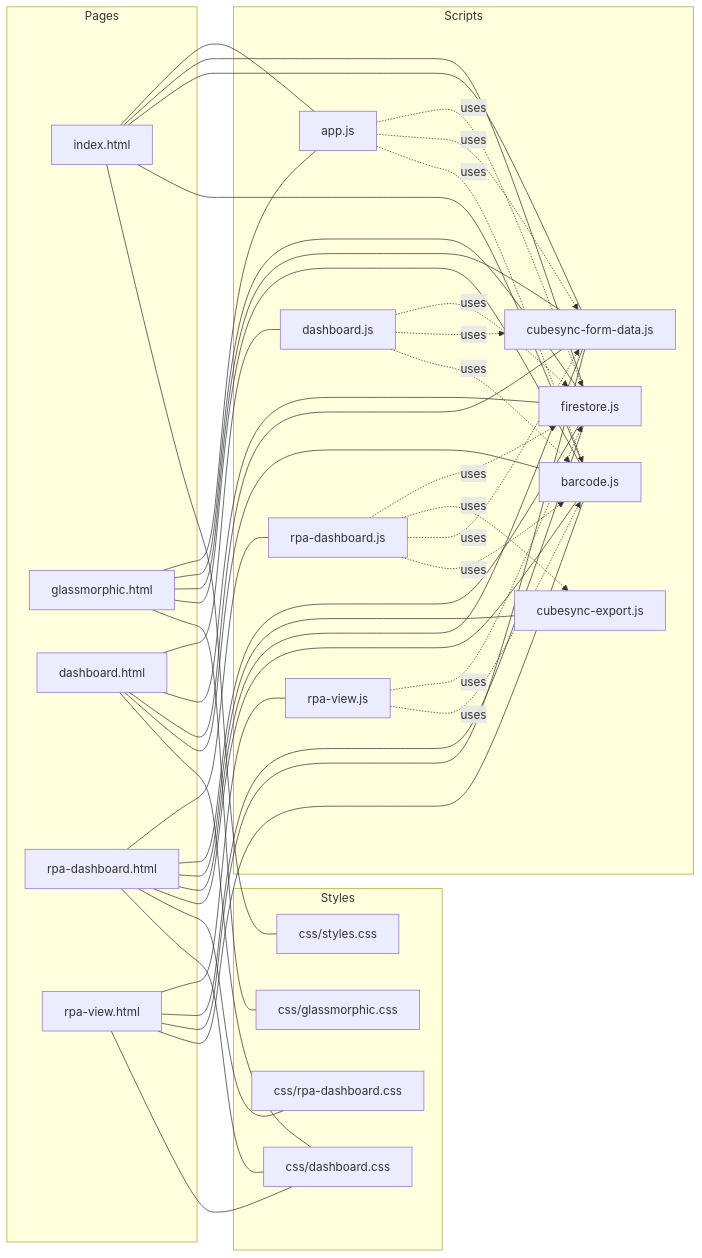
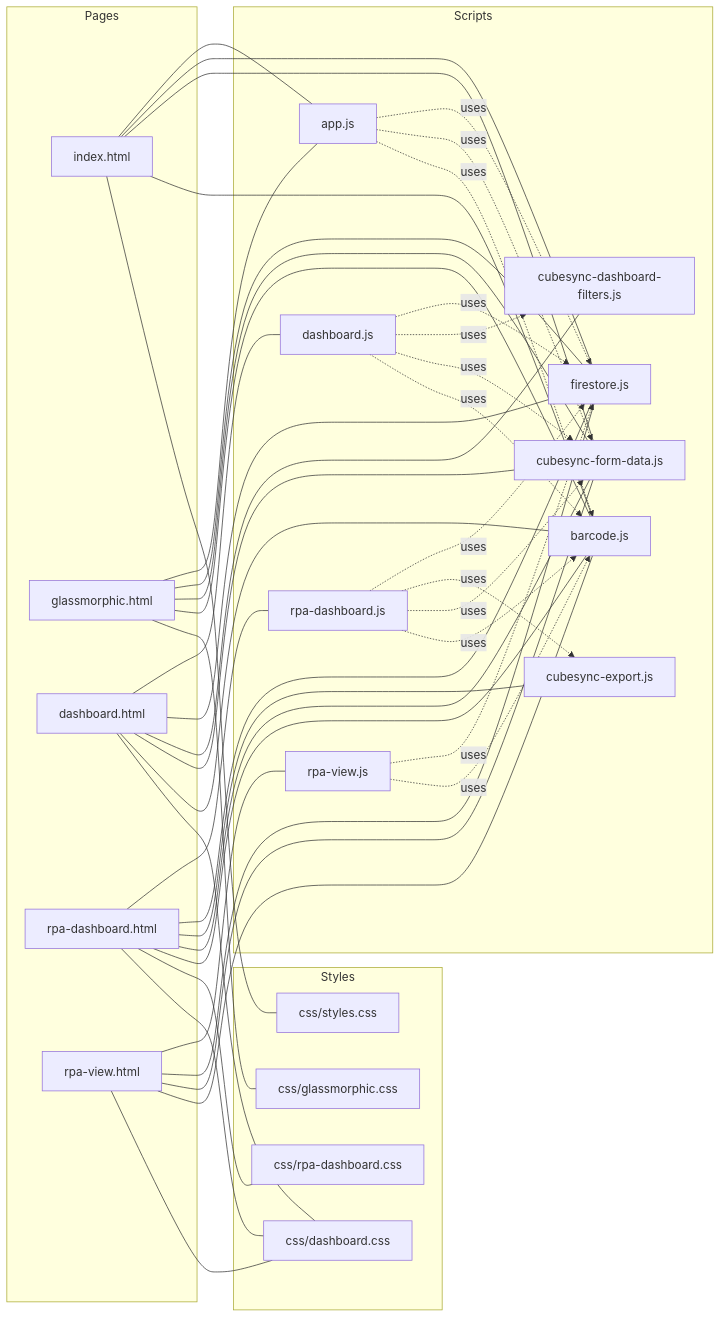
Before and after one commit to Yanguangchen/CubeSync: the tenth of 11 diagrams in documentation/architecture.md, drawn with Mermaid. The commit also changed other lines of this file and 12 other files, not shown here.

````diff
--- a/documentation/architecture.md
+++ b/documentation/architecture.md
@@ -543,44 +559,45 @@
 ```mermaid
 graph LR
     subgraph Pages
         A1[index.html]
         A2[glassmorphic.html]
         A3[dashboard.html]
         A4[rpa-dashboard.html]
         A5[rpa-view.html]
     end
 
     subgraph Styles
         S1[css/styles.css]
         S2[css/glassmorphic.css]
         S3[css/dashboard.css]
         S4[css/rpa-dashboard.css]
     end
 
     subgraph Scripts
         B[barcode.js]
         F[cubesync-form-data.js]
         E[cubesync-export.js]
+        DF[cubesync-dashboard-filters.js]
         G[firestore.js]
         C1[app.js]
         C2[dashboard.js]
         C3[rpa-dashboard.js]
         C4[rpa-view.js]
     end
 
     A1 --- S1
     A1 --- B & F & G & C1
     A2 --- S2
     A2 --- B & F & G & C1
     A3 --- S3
-    A3 --- B & F & G & C2
+    A3 --- B & F & DF & G & C2
     A4 --- S3 & S4
     A4 --- B & F & E & G & C3
     A5 --- S3
     A5 --- B & F & G & C4
 
     C1 -.->|uses| B & F & G
-    C2 -.->|uses| B & F & G
+    C2 -.->|uses| B & F & DF & G
     C3 -.->|uses| B & F & E & G
     C4 -.->|uses| B & G
 ```
````
